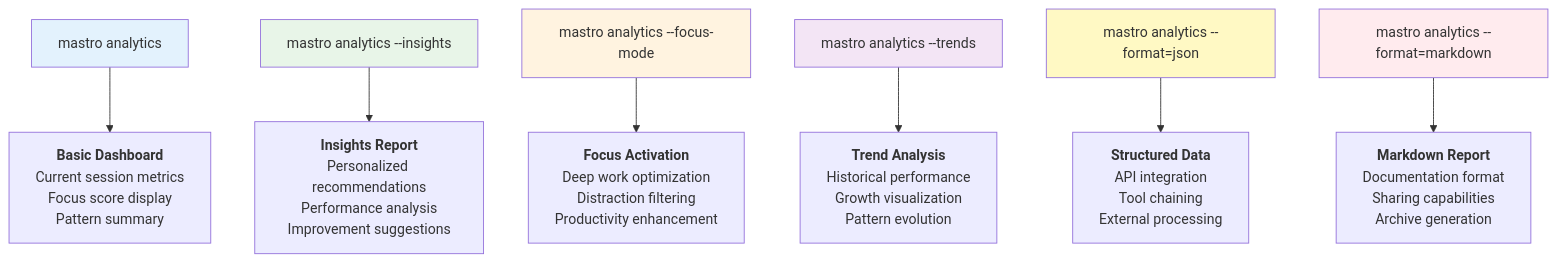
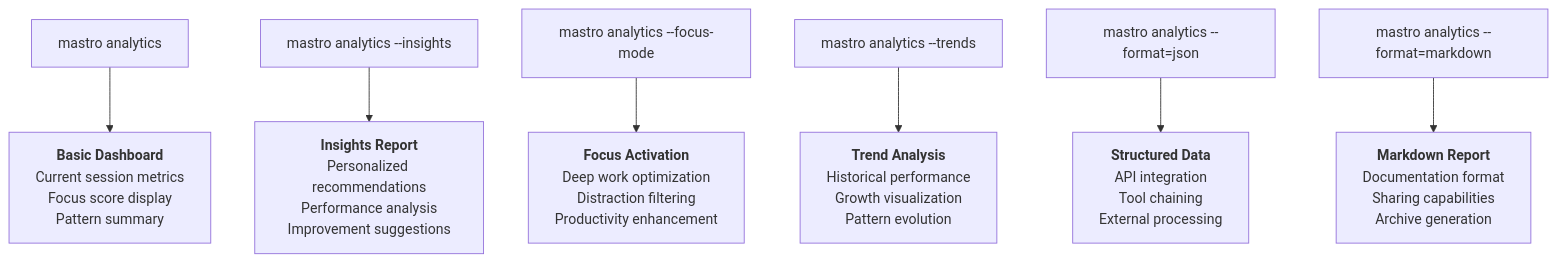
One commit to geogoesbeepboop/mastro changed the eighth of 9 diagrams in docs/diagrams/mastro-analytics-flow.md. Above: the diagram before and after it, drawn with Mermaid. The commit also changed other lines of this file and 5 other files, not shown here.

First line of the commit message:
docs: update analytics and flow diagrams for clarity

````diff
--- a/docs/diagrams/mastro-analytics-flow.md
+++ b/docs/diagrams/mastro-analytics-flow.md
@@ -401,39 +415,41 @@
 ```mermaid
+
 graph TD
     CMD["`mastro analytics`"] --> BD["`**Basic Dashboard**
     Current session metrics
     Focus score display
     Pattern summary`"]
     
     INS["`mastro analytics --insights`"] --> IR["`**Insights Report**
     Personalized recommendations
     Performance analysis
     Improvement suggestions`"]
     
     FM["`mastro analytics --focus-mode`"] --> FA["`**Focus Activation**
     Deep work optimization
     Distraction filtering
     Productivity enhancement`"]
     
     TREND["`mastro analytics --trends`"] --> TA["`**Trend Analysis**
     Historical performance
     Growth visualization
     Pattern evolution`"]
     
     JSON["`mastro analytics --format=json`"] --> JO["`**Structured Data**
     API integration
     Tool chaining
     External processing`"]
     
     MD["`mastro analytics --format=markdown`"] --> MDO["`**Markdown Report**
     Documentation format
     Sharing capabilities
     Archive generation`"]
 
-    style CMD fill:#e3f2fd
-    style INS fill:#e8f5e8
-    style FM fill:#fff3e0
-    style TREND fill:#f3e5f5
-    style JSON fill:#fff9c4
-    style MD fill:#ffebee
+    style CMD fill:#e3f2fd color:#000000
+    style INS fill:#e8f5e8 color:#000000
+    style FM fill:#fff3e0 color:#000000
+    style TREND fill:#f3e5f5 color:#000000
+    style JSON fill:#fff9c4 color:#000000
+    style MD fill:#ffebee color:#000000
+
 ```
````
